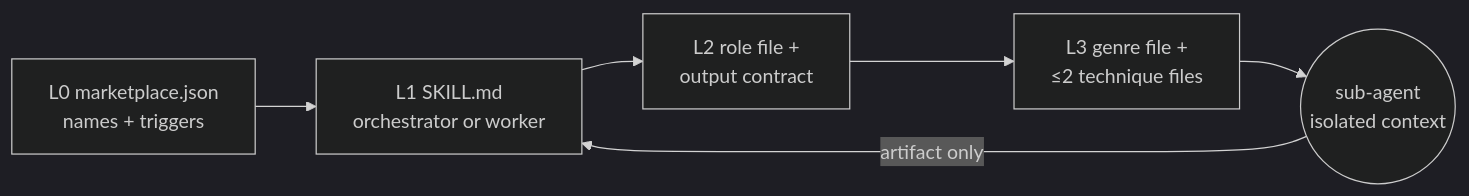
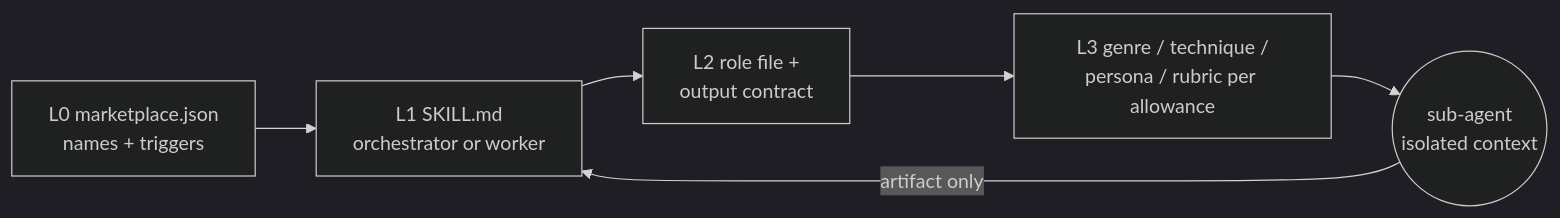
One commit to P47Phoenix/Claude-Plugins changed the first of 2 diagrams in docs/plans/song-team-plan.md. Above: the diagram before and after it, drawn with Mermaid (dark theme). The commit also changed other lines of this file and 1 other file, not shown here.

````diff
--- a/docs/plans/song-team-plan.md
+++ b/docs/plans/song-team-plan.md
@@ -86,8 +107,8 @@
 ```mermaid
 flowchart LR
     L0[L0 marketplace.json<br/>names + triggers] --> L1[L1 SKILL.md<br/>orchestrator or worker]
     L1 --> L2[L2 role file +<br/>output contract]
-    L2 --> L3[L3 genre file +<br/>≤2 technique files]
+    L2 --> L3[L3 genre / technique /<br/>persona / rubric per allowance]
     L3 --> SA((sub-agent<br/>isolated context))
     SA -->|artifact only| L1
 ```
````
